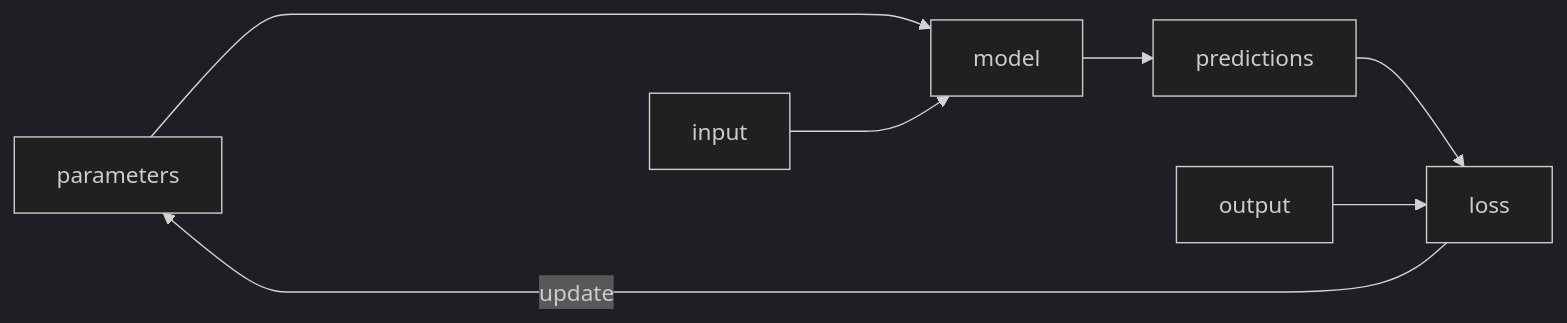
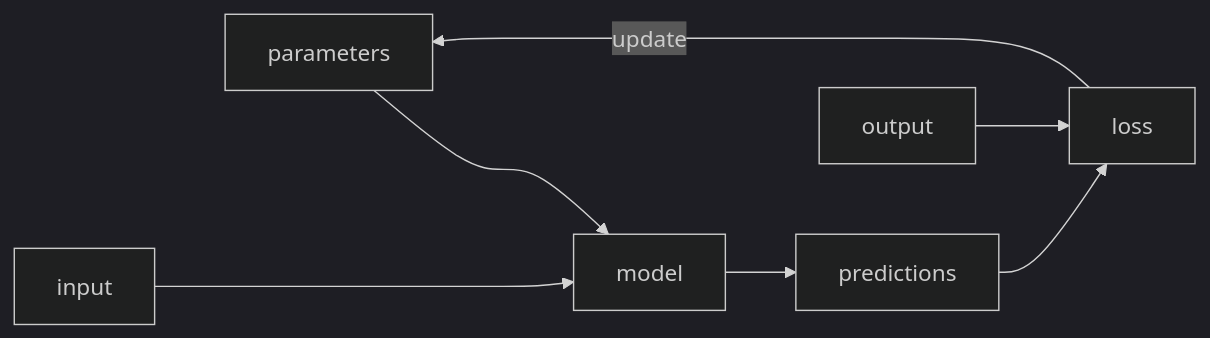
One commit to nicoladerric/nicoladerric.github.io changed the third of 3 diagrams in _posts/2023-08-16-rivoluzione.md. Above: the diagram before and after it, drawn with Mermaid (dark theme).

````diff
--- a/_posts/2023-08-16-rivoluzione.md
+++ b/_posts/2023-08-16-rivoluzione.md
@@ -31,9 +31,9 @@
 ```mermaid
 flowchart LR;
     parameters --> model;
-    input ---> model;
+    input ----> model;
     model --> predictions;
     predictions --> loss;
     output --> loss;
-    loss ----------> |update|parameters;
+    loss -----> |update|parameters;
 ```
````
